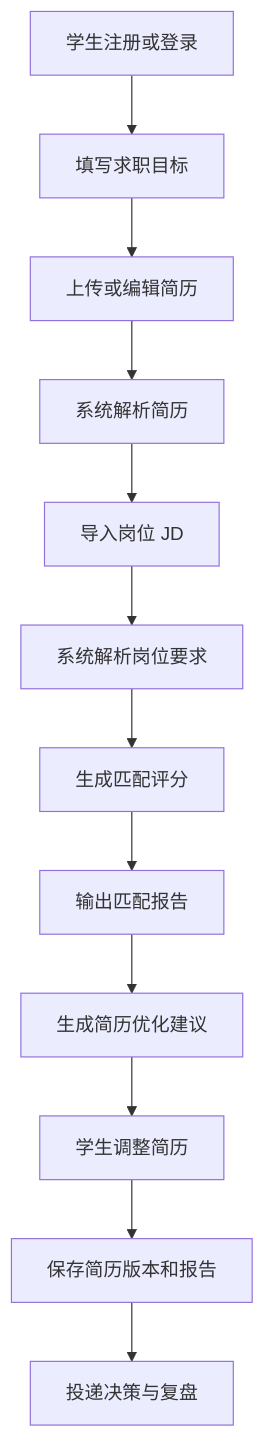
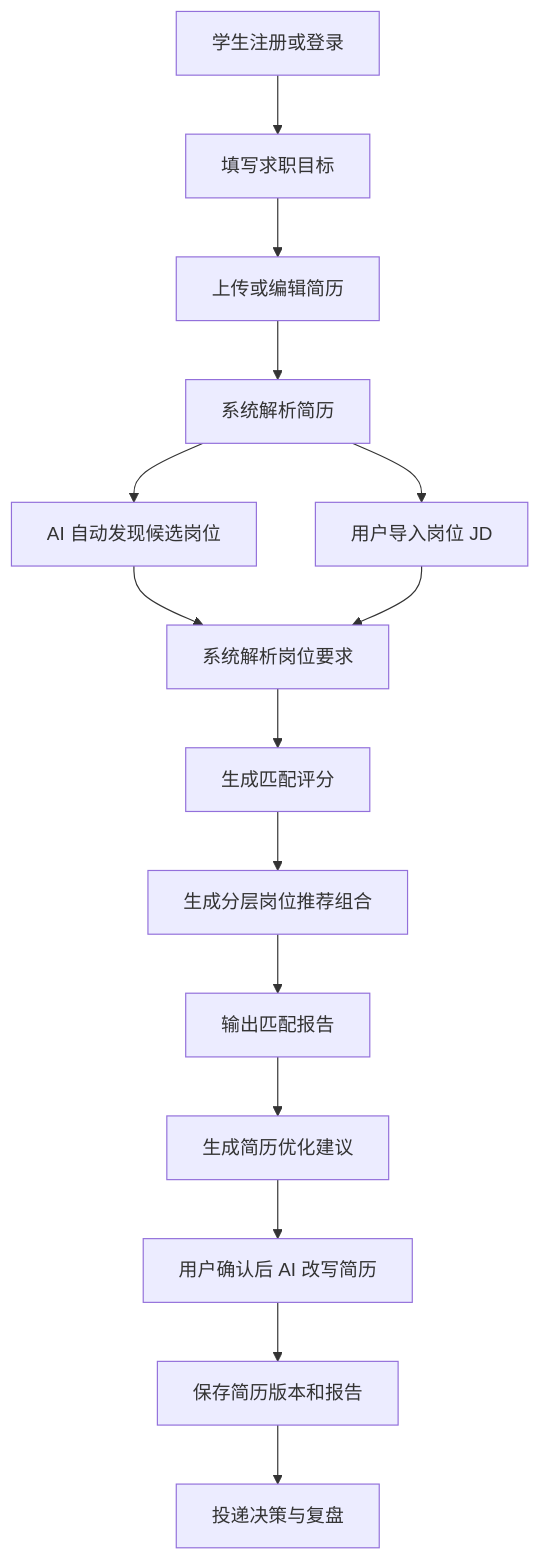
The first of 2 diagrams in docs/01-requirements-analysis.md (Artessay/OfferPilot), drawn with Mermaid before and after one commit. The commit also changed other lines of this file and 2 other files, not shown here.

First line of the commit message:
Enhance system architecture and detailed design documentation

````diff
--- a/docs/01-requirements-analysis.md
+++ b/docs/01-requirements-analysis.md
@@ -102,14 +108,17 @@
 ```mermaid
 flowchart TD
     A[学生注册或登录] --> B[填写求职目标]
     B --> C[上传或编辑简历]
     C --> D[系统解析简历]
-    D --> E[导入岗位 JD]
-    E --> F[系统解析岗位要求]
+    D --> E1[AI 自动发现候选岗位]
+    D --> E2[用户导入岗位 JD]
+    E1 --> F[系统解析岗位要求]
+    E2 --> F
     F --> G[生成匹配评分]
-    G --> H[输出匹配报告]
-    H --> I[生成简历优化建议]
-    I --> J[学生调整简历]
-    J --> K[保存简历版本和报告]
-    K --> L[投递决策与复盘]
+    G --> H[生成分层岗位推荐组合]
+    H --> I[输出匹配报告]
+    I --> J[生成简历优化建议]
+    J --> K[用户确认后 AI 改写简历]
+    K --> L[保存简历版本和报告]
+    L --> M[投递决策与复盘]
 ```
````
